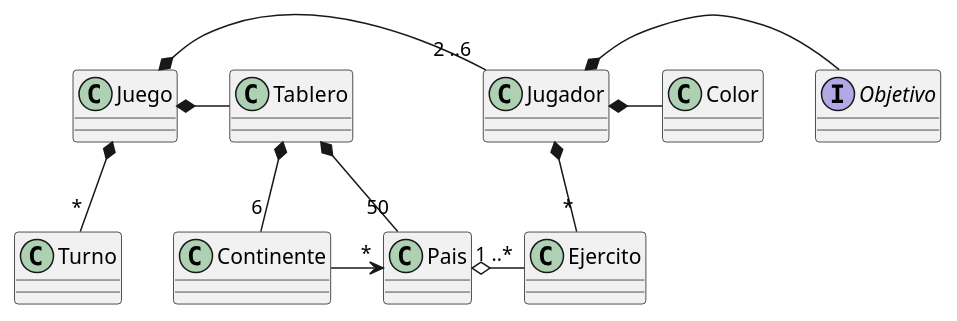
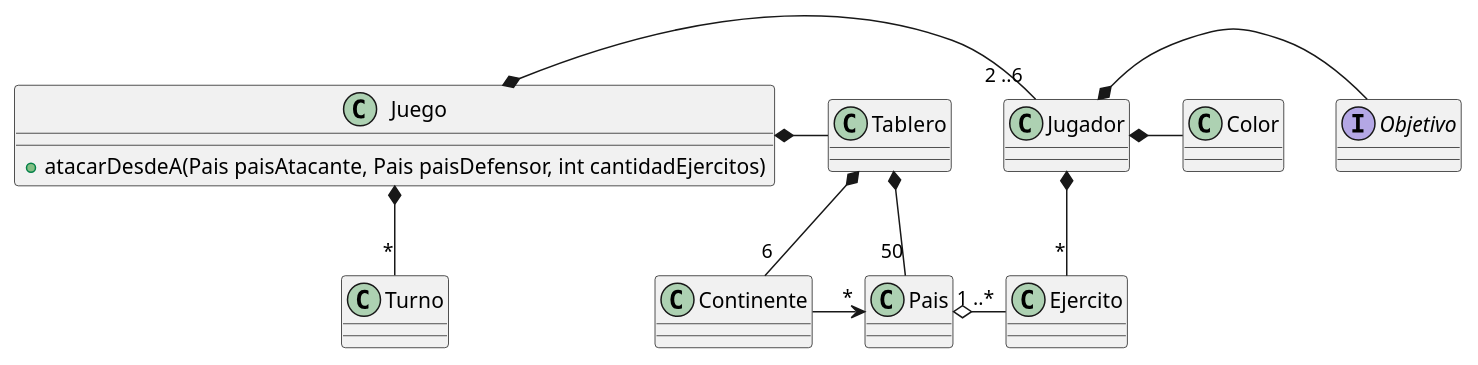
One commit to NazaQuintero/algo3_tp2 changed the diagram in diagrams/fase_inicial.wsd. Above: the diagram before and after it, drawn with PlantUML. The commit also changed 3 other files, not shown here.

Commit message:
Agregados diagramas de secuencia y modificado diagramas de clase

```diff
--- a/diagrams/fase_inicial.wsd
+++ b/diagrams/fase_inicial.wsd
@@ -1,42 +1,44 @@
 @startuml
 
 
 class Turno {}
 
 class Jugador {}
 
 Juego *- "2 ..6" Jugador
 
 Juego *-- "*" Turno
 
 interface Objetivo {}
 
 class Color {}
 
 class Continente {}
 
 class Pais {}
 
 class Tablero {}
 
-class Juego {}
+class Juego {
+       +atacarDesdeA(Pais paisAtacante, Pais paisDefensor, int cantidadEjercitos)
+}
 
 Juego *- Tablero
 
 class Ejercito {}
 
 Tablero *- "50" Pais
 
 Tablero *-- "6" Continente
 
 Continente -> "*" Pais
 
 Pais o- "1 ..*" Ejercito
 
 Jugador *- Objetivo
 
 Jugador *-- "*" Ejercito
 Jugador *- Color
 
 
 @enduml
```
